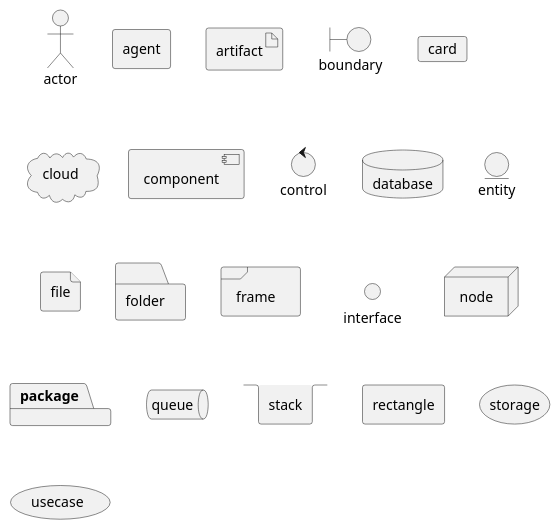
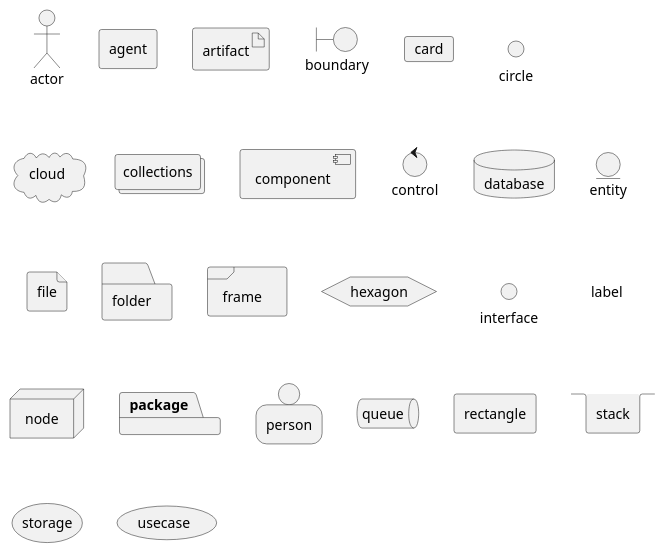
Diagram 12 of 29 in README.md (joelparkerhenderson/plantuml-examples), drawn with PlantUML before and after one commit. The commit also changed 3 other files, not shown here.

Commit message:
Add more deployment diagram items

```diff
--- a/README.md
+++ b/README.md
@@ -295,24 +295,29 @@
 @startuml
 skinparam monochrome true
 actor actor
 agent agent
 artifact artifact
 boundary boundary
 card card
+circle circle
 cloud cloud
+collections collections
 component component
 control control
 database database
 entity entity
 file file
 folder folder
 frame frame
-interface  interface
+hexagon hexagon
+interface interface
+label label
 node node
 package package
+person person
 queue queue
+rectangle rectangle
 stack stack
-rectangle rectangle
 storage storage
 usecase usecase
 @enduml
```
